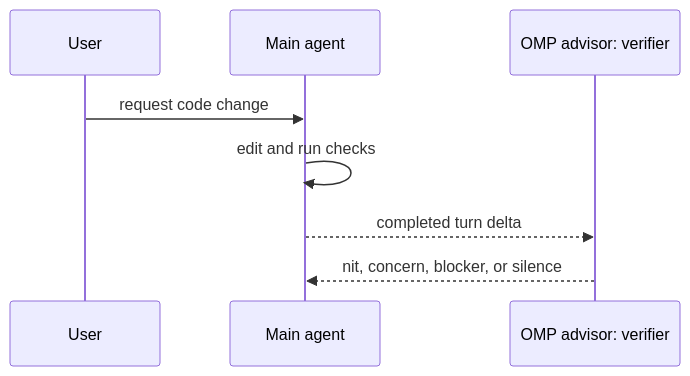
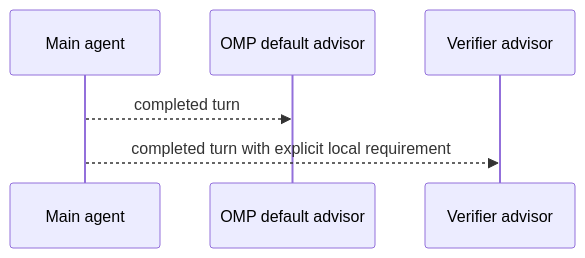
The diagram in CONCEPTS.md (klondikemarlen/omp-verifier), drawn with Mermaid before and after one commit. The commit also changed other lines of this file and 4 other files, not shown here.

Commit message:
:memo: Document default and verifier scope.

````diff
--- a/CONCEPTS.md
+++ b/CONCEPTS.md
@@ -20,11 +7,9 @@
 ```mermaid
 sequenceDiagram
-  participant User
   participant Main as Main agent
-  participant Advisor as OMP advisor: verifier
+  participant Default as OMP default advisor
+  participant Verifier as Verifier advisor
 
-  User->>Main: request code change
-  Main->>Main: edit and run checks
-  Main-->>Advisor: completed turn delta
-  Advisor-->>Main: nit, concern, blocker, or silence
+  Main-->>Default: completed turn
+  Main-->>Verifier: completed turn with explicit local requirement
 ```
````
